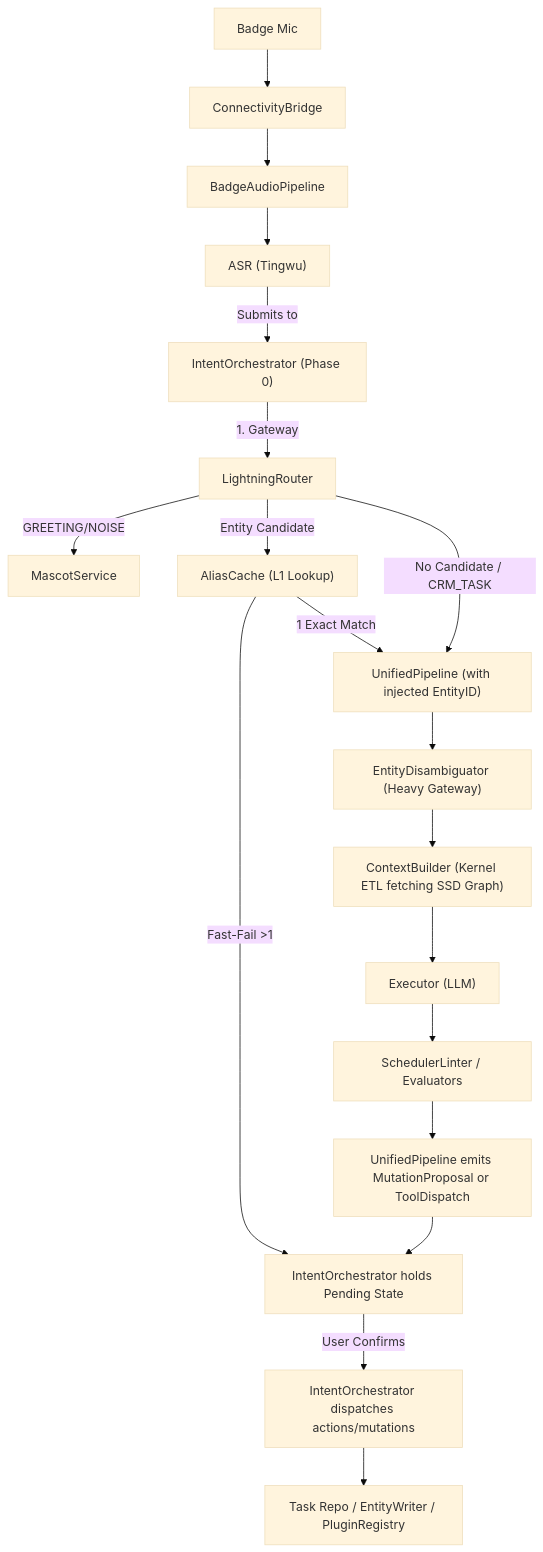
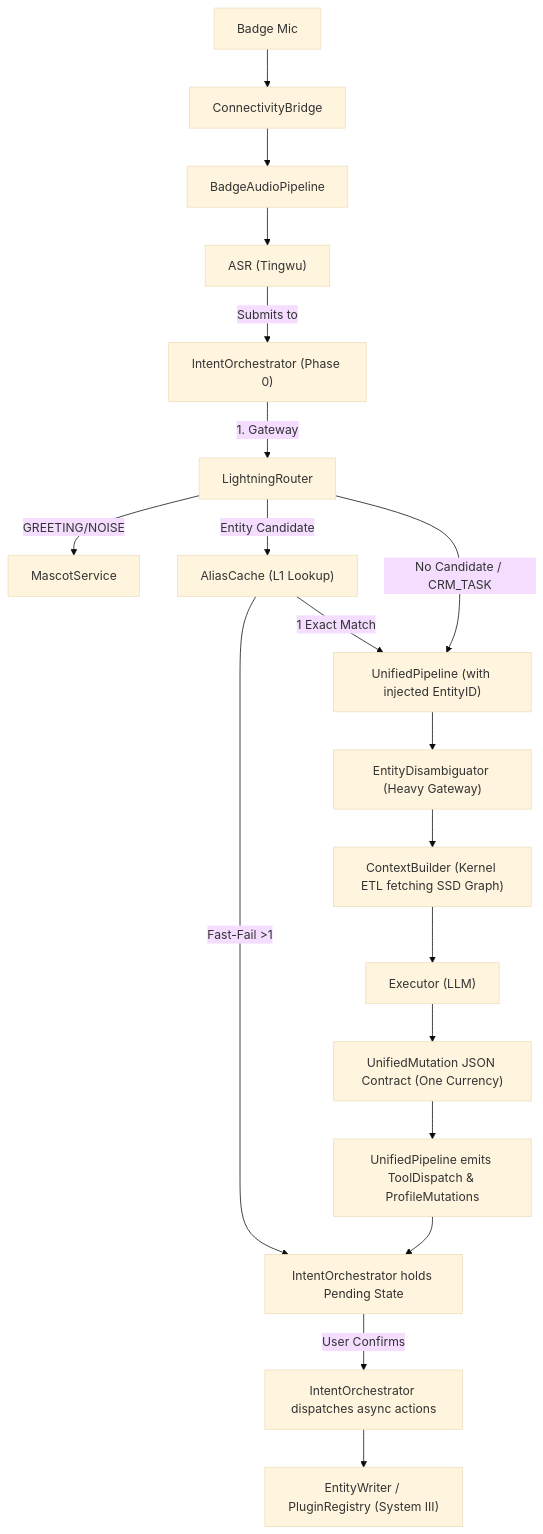
Before and after one commit to esir-nus/smart-sales-main: the diagram in docs/cerb/interface-map.md, drawn with Mermaid (base theme). The commit also changed other lines of this file and 85 other files, not shown here.

Commit message:
docs/feat: complete Wave 16 T1 & T2 Scheduler Decoupling and add PipelineValve tracking

````diff
--- a/docs/cerb/interface-map.md
+++ b/docs/cerb/interface-map.md
@@ -124,21 +123,21 @@
 ```mermaid
 graph TD
     A["Badge Mic"] --> B["ConnectivityBridge"]
     B --> C["BadgeAudioPipeline"]
     C --> D["ASR (Tingwu)"]
     D -->|Submits to| E["IntentOrchestrator (Phase 0)"]
     E -->|1. Gateway| E1["LightningRouter"]
     E1 -->|GREETING/NOISE| F1["MascotService"]
     E1 -->|Entity Candidate| E1a["AliasCache (L1 Lookup)"]
     E1a -->|Fast-Fail >1| H2["IntentOrchestrator holds Pending State"]
     E1a -->|1 Exact Match| E2["UnifiedPipeline (with injected EntityID)"]
     E1 -->|No Candidate / CRM_TASK| E2
     E2 --> F0["EntityDisambiguator (Heavy Gateway)"]
     F0 --> F2["ContextBuilder (Kernel ETL fetching SSD Graph)"]
     F2 --> F["Executor (LLM)"]
-    F --> G["SchedulerLinter / Evaluators"]
-    G --> H1["UnifiedPipeline emits MutationProposal or ToolDispatch"]
+    F --> G["UnifiedMutation JSON Contract (One Currency)"]
+    G --> H1["UnifiedPipeline emits ToolDispatch & ProfileMutations"]
     H1 --> H2
-    H2 -->|User Confirms| H3["IntentOrchestrator dispatches actions/mutations"]
-    H3 --> I["Task Repo / EntityWriter / PluginRegistry"]
+    H2 -->|User Confirms| H3["IntentOrchestrator dispatches async actions"]
+    H3 --> I["EntityWriter / PluginRegistry (System III)"]
 ```
````
